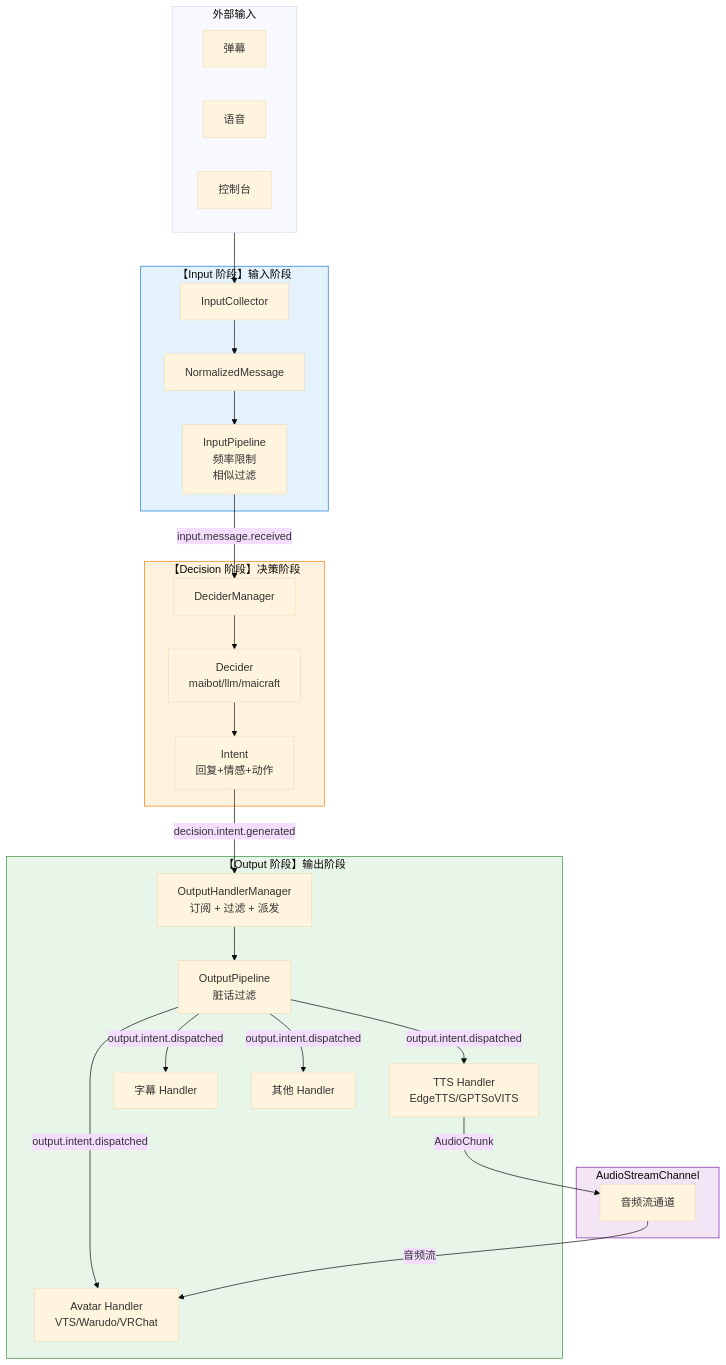
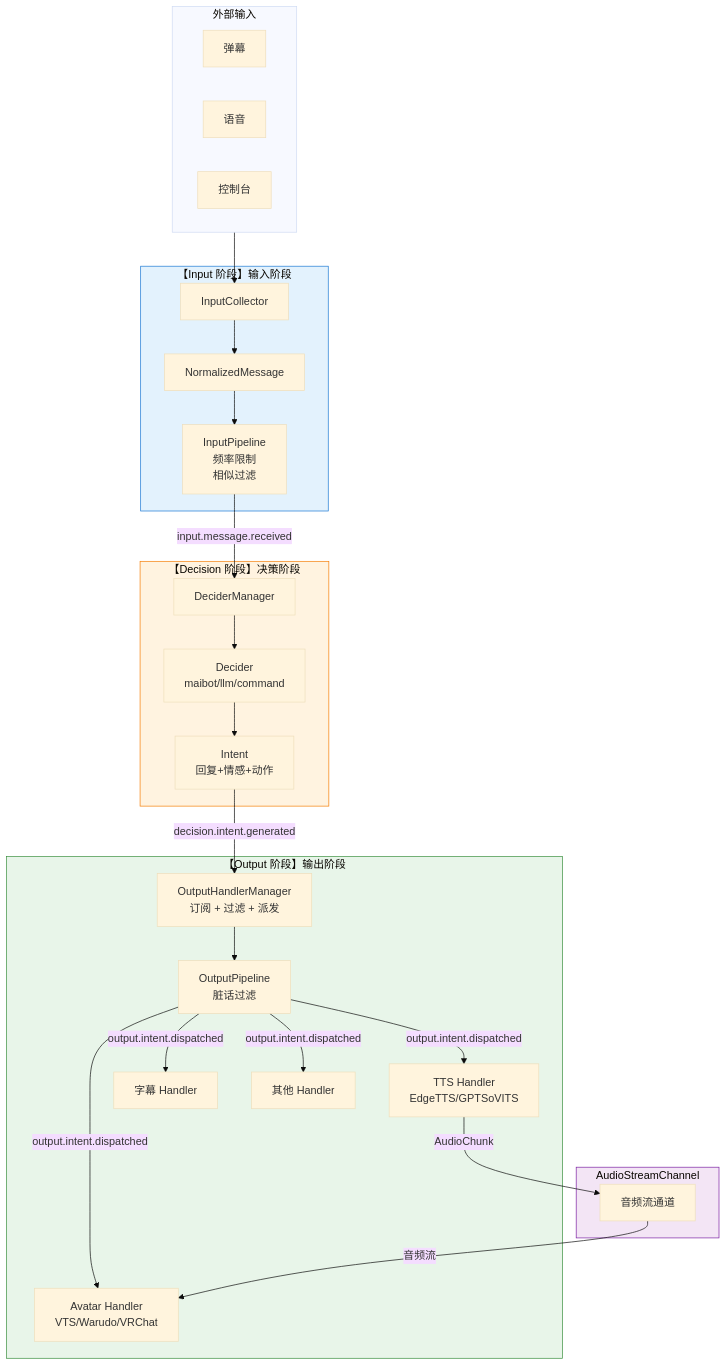
One commit to Mai-with-u/Amaidesu changed the second of 5 diagrams in docs/architecture/data-flow.md. Above: the diagram before and after it, drawn with Mermaid (base theme). The commit also changed 33 other files, not shown here.

First line of the commit message:
refactor: 移除 Maicraft 相关代码并将决策器通用化为 CommandDecider

````diff
--- a/docs/architecture/data-flow.md
+++ b/docs/architecture/data-flow.md
@@ -466,54 +466,54 @@
 ```mermaid
 flowchart TB
     subgraph External["外部输入"]
         D[弹幕]
         V[语音]
         C[控制台]
     end
 
     subgraph Input["【Input 阶段】输入阶段"]
         IP[InputCollector]
         NM[NormalizedMessage]
         Pipeline[InputPipeline<br/>频率限制<br/>相似过滤]
     end
 
     subgraph Decision["【Decision 阶段】决策阶段"]
         DM[DeciderManager]
-        DP[Decider<br/>maibot/llm/maicraft]
+        DP[Decider<br/>maibot/llm/command]
         Intent[Intent<br/>回复+情感+动作]
     end
 
     subgraph Output["【Output 阶段】输出阶段"]
         OPM[OutputHandlerManager<br/>订阅 + 过滤 + 派发]
         OPipeline[OutputPipeline<br/>脏话过滤]
         TTS[TTS Handler<br/>EdgeTTS/GPTSoVITS]
         Sub[字幕 Handler]
         Avatar[Avatar Handler<br/>VTS/Warudo/VRChat]
         Other[其他 Handler]
     end
 
     subgraph AudioStream["AudioStreamChannel"]
         ASC[音频流通道]
     end
 
     External --> IP
     IP --> NM
     NM --> Pipeline
     Pipeline -->|input.message.received| DM
     DM --> DP
     DP --> Intent
     Intent -->|decision.intent.generated| OPM
     OPM --> OPipeline
     OPipeline -->|output.intent.dispatched| TTS
     OPipeline -->|output.intent.dispatched| Sub
     OPipeline -->|output.intent.dispatched| Avatar
     OPipeline -->|output.intent.dispatched| Other
 
     TTS -->|AudioChunk| ASC
     ASC -->|音频流| Avatar
 
     style Input fill:#e3f2fd,stroke:#1976d2
     style Decision fill:#fff3e0,stroke:#f57c00
     style Output fill:#e8f5e9,stroke:#388e3c
     style AudioStream fill:#f3e5f5,stroke:#7b1fa2
 ```
````
